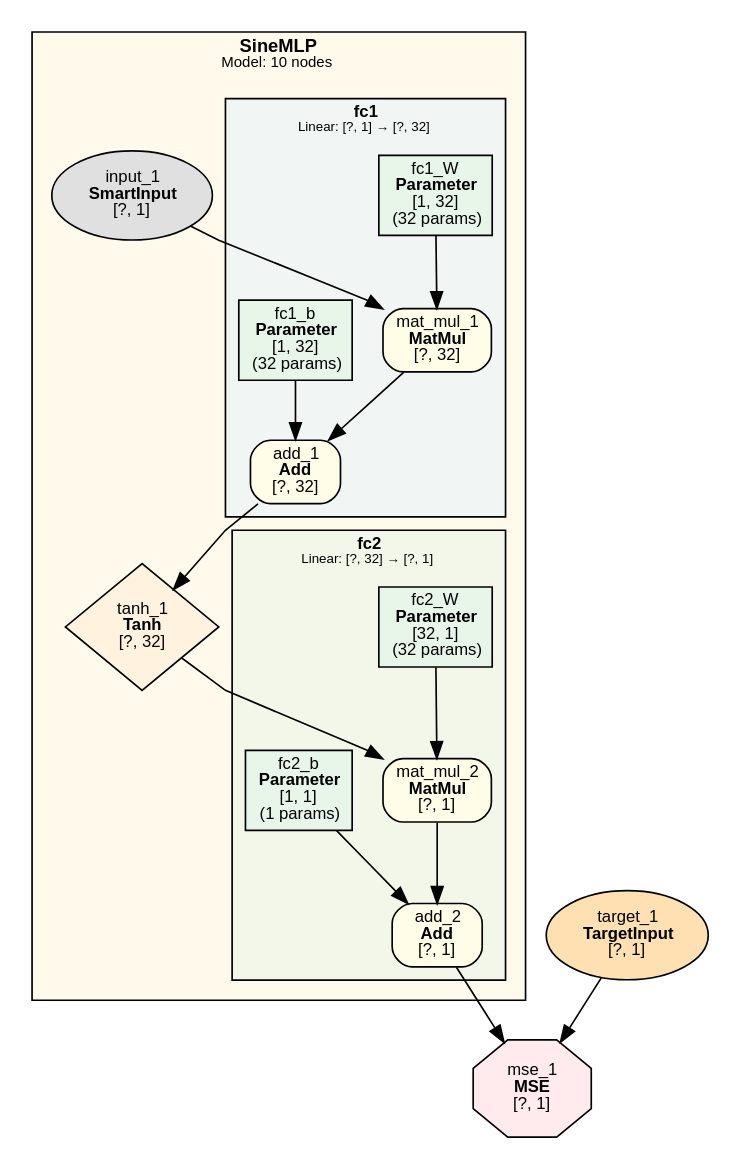
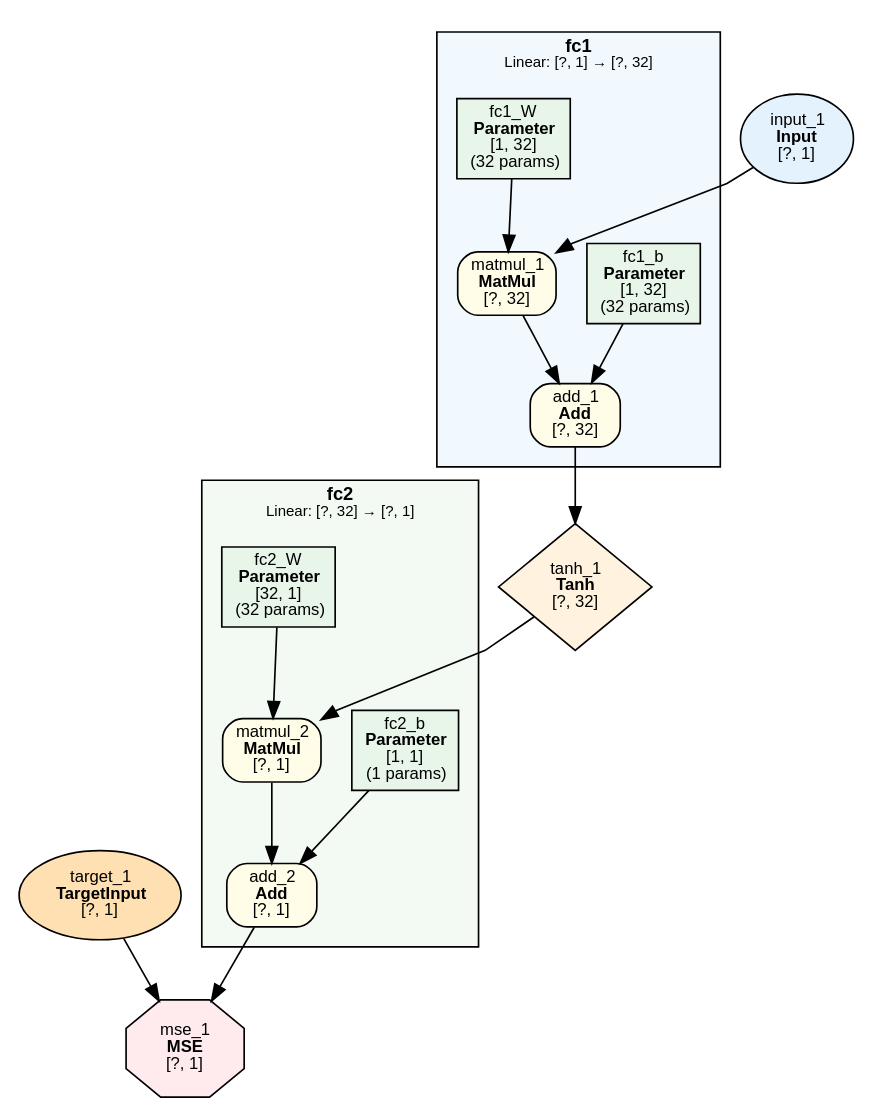
The diagram in examples/sine_regression/sine_regression.dot (dbsxdbsx/only_torch), drawn with Graphviz before and after one commit. The commit also changed 25 other files, not shown here.

```diff
--- a/examples/sine_regression/sine_regression.dot
+++ b/examples/sine_regression/sine_regression.dot
@@ -1,57 +1,50 @@
-digraph Model {
+digraph ComputeGraph {
     rankdir=TB;
     newrank=true;
     splines=polyline;
     node [fontname="Microsoft YaHei,SimHei,Arial"];
     edge [fontname="Microsoft YaHei,SimHei,Arial"];
 
-    subgraph cluster_SineMLP {
-        label=<<B>SineMLP</B><BR/><FONT POINT-SIZE="9">Model: 10 nodes</FONT>>;
+    subgraph cluster_fc1 {
+        label=<<B>fc1</B><BR/><FONT POINT-SIZE="9">Linear: [?, 1] → [?, 32]</FONT>>;
         style=filled;
-        fillcolor="#FFECB340";
+        fillcolor="#E3F2FD80";
         fontname="Microsoft YaHei,SimHei,Arial";
         fontsize=11;
         margin=12;
-        subgraph cluster_SineMLP_fc1 {
-            label=<<B>fc1</B><BR/><FONT POINT-SIZE="8">Linear: [?, 1] → [?, 32]</FONT>>;
-            style=filled;
-            fillcolor="#E3F2FD80";
-            fontname="Microsoft YaHei,SimHei,Arial";
-            fontsize=10;
-            margin=8;
+            "1815" [label=<add_1<BR/><B>Add</B><BR/>[?, 32]> shape=box style="filled,rounded" fillcolor="#FFFDE7" fontsize=10];
+            "1814" [label=<matmul_1<BR/><B>MatMul</B><BR/>[?, 32]> shape=box style="filled,rounded" fillcolor="#FFFDE7" fontsize=10];
+            "2" [label=<fc1_b<BR/><B>Parameter</B><BR/>[1, 32]<BR/>(32 params)> shape=box style=filled fillcolor="#E8F5E9" fontsize=10];
             "1" [label=<fc1_W<BR/><B>Parameter</B><BR/>[1, 32]<BR/>(32 params)> shape=box style=filled fillcolor="#E8F5E9" fontsize=10];
-            "2" [label=<fc1_b<BR/><B>Parameter</B><BR/>[1, 32]<BR/>(32 params)> shape=box style=filled fillcolor="#E8F5E9" fontsize=10];
-            "6" [label=<mat_mul_1<BR/><B>MatMul</B><BR/>[?, 32]> shape=box style="filled,rounded" fillcolor="#FFFDE7" fontsize=10];
-            "7" [label=<add_1<BR/><B>Add</B><BR/>[?, 32]> shape=box style="filled,rounded" fillcolor="#FFFDE7" fontsize=10];
-        }
-        subgraph cluster_SineMLP_fc2 {
-            label=<<B>fc2</B><BR/><FONT POINT-SIZE="8">Linear: [?, 32] → [?, 1]</FONT>>;
-            style=filled;
-            fillcolor="#E8F5E980";
-            fontname="Microsoft YaHei,SimHei,Arial";
-            fontsize=10;
-            margin=8;
-            "3" [label=<fc2_W<BR/><B>Parameter</B><BR/>[32, 1]<BR/>(32 params)> shape=box style=filled fillcolor="#E8F5E9" fontsize=10];
-            "4" [label=<fc2_b<BR/><B>Parameter</B><BR/>[1, 1]<BR/>(1 params)> shape=box style=filled fillcolor="#E8F5E9" fontsize=10];
-            "9" [label=<mat_mul_2<BR/><B>MatMul</B><BR/>[?, 1]> shape=box style="filled,rounded" fillcolor="#FFFDE7" fontsize=10];
-            "10" [label=<add_2<BR/><B>Add</B><BR/>[?, 1]> shape=box style="filled,rounded" fillcolor="#FFFDE7" fontsize=10];
-        }
-            "5" [label=<input_1<BR/><B>SmartInput</B><BR/>[?, 1]> shape=ellipse style=filled fillcolor="#E0E0E0" fontsize=10];
-            "8" [label=<tanh_1<BR/><B>Tanh</B><BR/>[?, 32]> shape=diamond style=filled fillcolor="#FFF3E0" fontsize=10];
     }
 
-    "11" [label=<target_1<BR/><B>TargetInput</B><BR/>[?, 1]> shape=ellipse style=filled fillcolor="#FFE0B2" fontsize=10];
-    "12" [label=<mse_1<BR/><B>MSE</B><BR/>[?, 1]> shape=octagon style=filled fillcolor="#FFEBEE" fontsize=10];
+    subgraph cluster_fc2 {
+        label=<<B>fc2</B><BR/><FONT POINT-SIZE="9">Linear: [?, 32] → [?, 1]</FONT>>;
+        style=filled;
+        fillcolor="#E8F5E980";
+        fontname="Microsoft YaHei,SimHei,Arial";
+        fontsize=11;
+        margin=12;
+            "1818" [label=<add_2<BR/><B>Add</B><BR/>[?, 1]> shape=box style="filled,rounded" fillcolor="#FFFDE7" fontsize=10];
+            "1817" [label=<matmul_2<BR/><B>MatMul</B><BR/>[?, 1]> shape=box style="filled,rounded" fillcolor="#FFFDE7" fontsize=10];
+            "4" [label=<fc2_b<BR/><B>Parameter</B><BR/>[1, 1]<BR/>(1 params)> shape=box style=filled fillcolor="#E8F5E9" fontsize=10];
+            "3" [label=<fc2_W<BR/><B>Parameter</B><BR/>[32, 1]<BR/>(32 params)> shape=box style=filled fillcolor="#E8F5E9" fontsize=10];
+    }
 
-    "5" -> "6";
-    "1" -> "6";
-    "6" -> "7";
-    "2" -> "7";
-    "7" -> "8";
-    "8" -> "9";
-    "3" -> "9";
-    "9" -> "10";
-    "4" -> "10";
-    "10" -> "12";
-    "11" -> "12";
+    "1820" [label=<mse_1<BR/><B>MSE</B><BR/>[?, 1]> shape=octagon style=filled fillcolor="#FFEBEE" fontsize=10];
+    "1819" [label=<target_1<BR/><B>TargetInput</B><BR/>[?, 1]> shape=ellipse style=filled fillcolor="#FFE0B2" fontsize=10];
+    "1816" [label=<tanh_1<BR/><B>Tanh</B><BR/>[?, 32]> shape=diamond style=filled fillcolor="#FFF3E0" fontsize=10];
+    "1813" [label=<input_1<BR/><B>Input</B><BR/>[?, 1]> shape=ellipse style=filled fillcolor="#E3F2FD" fontsize=10];
+
+    "1818" -> "1820";
+    "1819" -> "1820";
+    "1817" -> "1818";
+    "4" -> "1818";
+    "1816" -> "1817";
+    "3" -> "1817";
+    "1815" -> "1816";
+    "1814" -> "1815";
+    "2" -> "1815";
+    "1813" -> "1814";
+    "1" -> "1814";
 }
```
